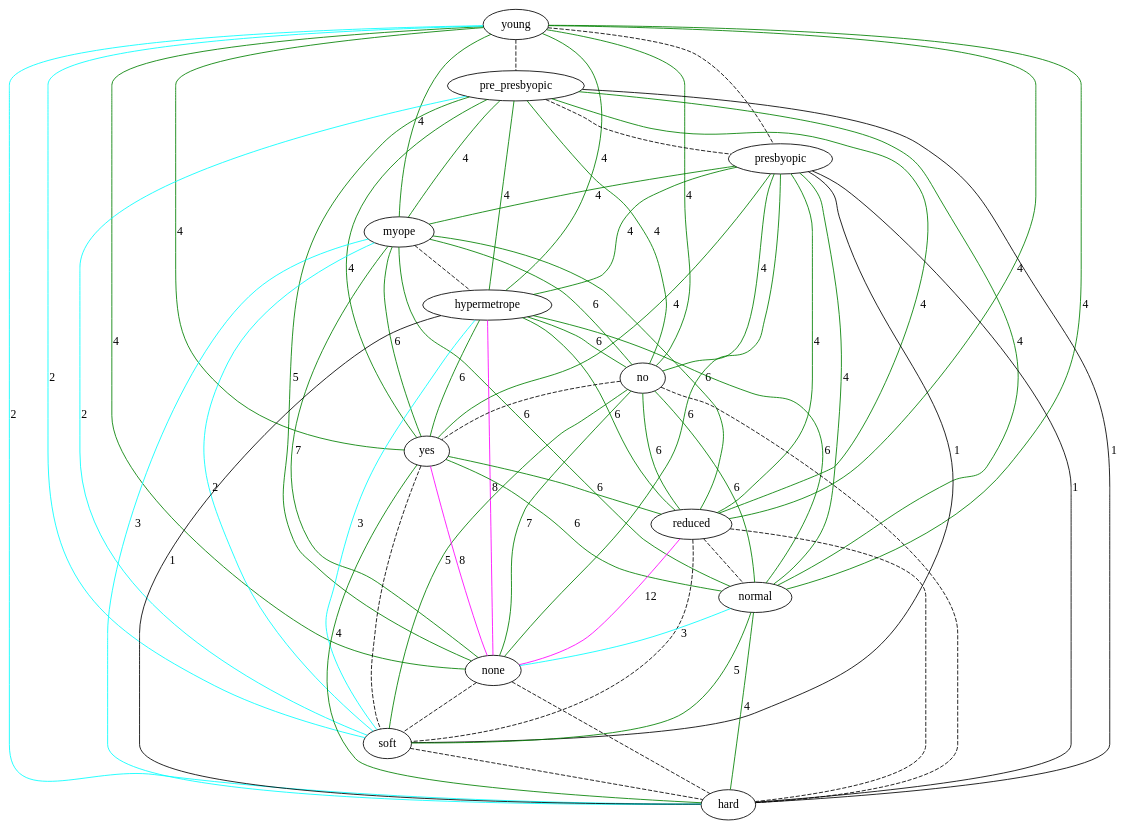
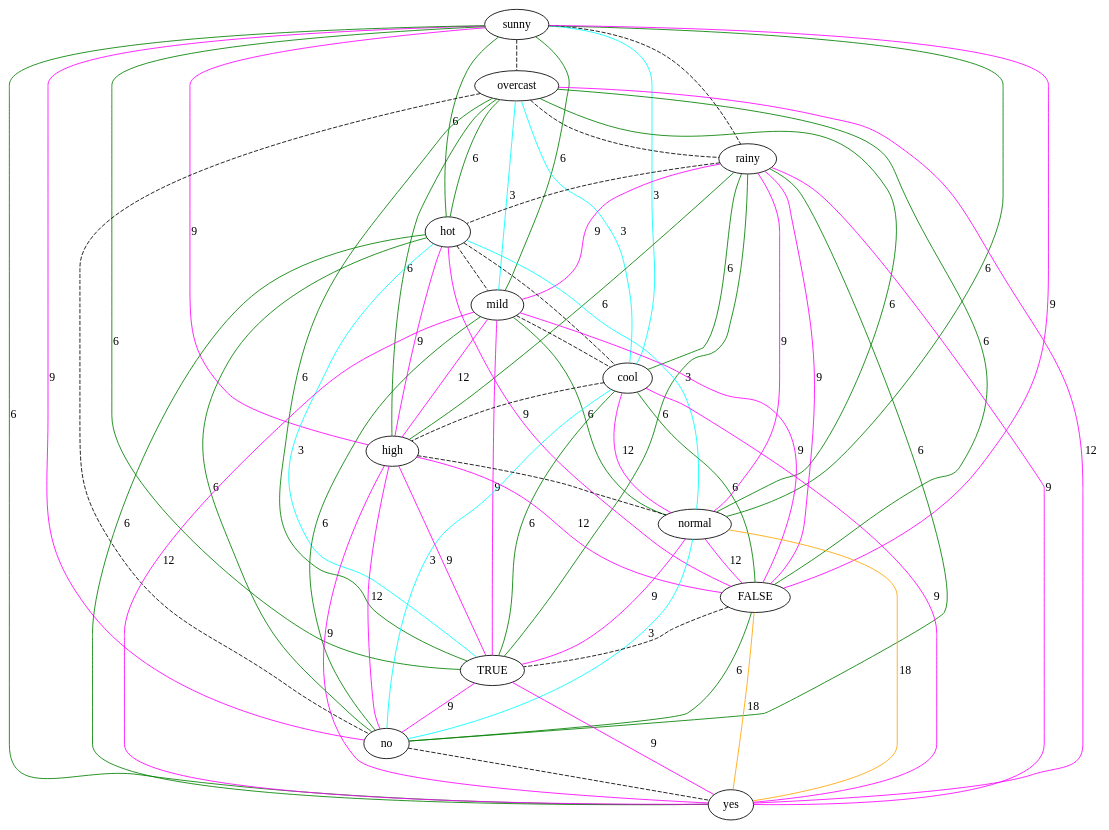
Before and after one commit to lrodrin/TFG: the diagram in src/final/exponentialGraph.dot, drawn with Graphviz. The commit also changed 15 other files, not shown here.

Commit message:
s'ha testejat el paquet Data i també amb Graph. A més s'ha corregit un error a la creació del graph lineal, quan el número d'equivalència és 0 encara sortia blanc. Ara surt negra discontontinu com la resta.

```diff
--- a/src/final/exponentialGraph.dot
+++ b/src/final/exponentialGraph.dot
@@ -1,80 +1,80 @@
 strict graph "" {
-young;
-pre_presbyopic;
-presbyopic;
-myope;
-hypermetrope;
+sunny;
+overcast;
+rainy;
+hot;
+mild;
+cool;
+high;
+normal;
+FALSE;
+TRUE;
 no;
 yes;
-reduced;
-normal;
-none;
-soft;
-hard;
-young -- pre_presbyopic  [color=black, style=dashed];
-young -- presbyopic  [color=black, style=dashed];
-young -- myope  [color=green, label=4, style=solid];
-young -- hypermetrope  [color=green, label=4, style=solid];
-young -- no  [color=green, label=4, style=solid];
-young -- yes  [color=green, label=4, style=solid];
-young -- reduced  [color=green, label=4, style=solid];
-young -- normal  [color=green, label=4, style=solid];
-young -- none  [color=green, label=4, style=solid];
-young -- soft  [color=cyan, label=2, style=solid];
-young -- hard  [color=cyan, label=2, style=solid];
-pre_presbyopic -- presbyopic  [color=black, style=dashed];
-pre_presbyopic -- myope  [color=green, label=4, style=solid];
-pre_presbyopic -- hypermetrope  [color=green, label=4, style=solid];
-pre_presbyopic -- no  [color=green, label=4, style=solid];
-pre_presbyopic -- yes  [color=green, label=4, style=solid];
-pre_presbyopic -- reduced  [color=green, label=4, style=solid];
-pre_presbyopic -- normal  [color=green, label=4, style=solid];
-pre_presbyopic -- none  [color=green, label=5, style=solid];
-pre_presbyopic -- soft  [color=cyan, label=2, style=solid];
-pre_presbyopic -- hard  [color=black, label=1, style=solid];
-presbyopic -- myope  [color=green, label=4, style=solid];
-presbyopic -- hypermetrope  [color=green, label=4, style=solid];
-presbyopic -- no  [color=green, label=4, style=solid];
-presbyopic -- yes  [color=green, label=4, style=solid];
-presbyopic -- reduced  [color=green, label=4, style=solid];
-presbyopic -- normal  [color=green, label=4, style=solid];
-presbyopic -- none  [color=green, label=6, style=solid];
-presbyopic -- soft  [color=black, label=1, style=solid];
-presbyopic -- hard  [color=black, label=1, style=solid];
-myope -- hypermetrope  [color=black, style=dashed];
-myope -- no  [color=green, label=6, style=solid];
-myope -- yes  [color=green, label=6, style=solid];
-myope -- reduced  [color=green, label=6, style=solid];
-myope -- normal  [color=green, label=6, style=solid];
-myope -- none  [color=green, label=7, style=solid];
-myope -- soft  [color=cyan, label=2, style=solid];
-myope -- hard  [color=cyan, label=3, style=solid];
-hypermetrope -- no  [color=green, label=6, style=solid];
-hypermetrope -- yes  [color=green, label=6, style=solid];
-hypermetrope -- reduced  [color=green, label=6, style=solid];
-hypermetrope -- normal  [color=green, label=6, style=solid];
-hypermetrope -- none  [color=magenta, label=8, style=solid];
-hypermetrope -- soft  [color=cyan, label=3, style=solid];
-hypermetrope -- hard  [color=black, label=1, style=solid];
+sunny -- overcast  [color=black, style=dashed];
+sunny -- rainy  [color=black, style=dashed];
+sunny -- hot  [color=green, label=6, style=solid];
+sunny -- mild  [color=green, label=6, style=solid];
+sunny -- cool  [color=cyan, label=3, style=solid];
+sunny -- high  [color=magenta, label=9, style=solid];
+sunny -- normal  [color=green, label=6, style=solid];
+sunny -- FALSE  [color=magenta, label=9, style=solid];
+sunny -- TRUE  [color=green, label=6, style=solid];
+sunny -- no  [color=magenta, label=9, style=solid];
+sunny -- yes  [color=green, label=6, style=solid];
+overcast -- rainy  [color=black, style=dashed];
+overcast -- hot  [color=green, label=6, style=solid];
+overcast -- mild  [color=cyan, label=3, style=solid];
+overcast -- cool  [color=cyan, label=3, style=solid];
+overcast -- high  [color=green, label=6, style=solid];
+overcast -- normal  [color=green, label=6, style=solid];
+overcast -- FALSE  [color=green, label=6, style=solid];
+overcast -- TRUE  [color=green, label=6, style=solid];
+overcast -- no  [color=black, style=dashed];
+overcast -- yes  [color=magenta, label=12, style=solid];
+rainy -- hot  [color=black, style=dashed];
+rainy -- mild  [color=magenta, label=9, style=solid];
+rainy -- cool  [color=green, label=6, style=solid];
+rainy -- high  [color=green, label=6, style=solid];
+rainy -- normal  [color=magenta, label=9, style=solid];
+rainy -- FALSE  [color=magenta, label=9, style=solid];
+rainy -- TRUE  [color=green, label=6, style=solid];
+rainy -- no  [color=green, label=6, style=solid];
+rainy -- yes  [color=magenta, label=9, style=solid];
+hot -- mild  [color=black, style=dashed];
+hot -- cool  [color=black, style=dashed];
+hot -- high  [color=magenta, label=9, style=solid];
+hot -- normal  [color=cyan, label=3, style=solid];
+hot -- FALSE  [color=magenta, label=9, style=solid];
+hot -- TRUE  [color=cyan, label=3, style=solid];
+hot -- no  [color=green, label=6, style=solid];
+hot -- yes  [color=green, label=6, style=solid];
+mild -- cool  [color=black, style=dashed];
+mild -- high  [color=magenta, label=12, style=solid];
+mild -- normal  [color=green, label=6, style=solid];
+mild -- FALSE  [color=magenta, label=9, style=solid];
+mild -- TRUE  [color=magenta, label=9, style=solid];
+mild -- no  [color=green, label=6, style=solid];
+mild -- yes  [color=magenta, label=12, style=solid];
+cool -- high  [color=black, style=dashed];
+cool -- normal  [color=magenta, label=12, style=solid];
+cool -- FALSE  [color=green, label=6, style=solid];
+cool -- TRUE  [color=green, label=6, style=solid];
+cool -- no  [color=cyan, label=3, style=solid];
+cool -- yes  [color=magenta, label=9, style=solid];
+high -- normal  [color=black, style=dashed];
+high -- FALSE  [color=magenta, label=12, style=solid];
+high -- TRUE  [color=magenta, label=9, style=solid];
+high -- no  [color=magenta, label=12, style=solid];
+high -- yes  [color=magenta, label=9, style=solid];
+normal -- FALSE  [color=magenta, label=12, style=solid];
+normal -- TRUE  [color=magenta, label=9, style=solid];
+normal -- no  [color=cyan, label=3, style=solid];
+normal -- yes  [color=orange, label=18, style=solid];
+FALSE -- TRUE  [color=black, style=dashed];
+FALSE -- no  [color=green, label=6, style=solid];
+FALSE -- yes  [color=orange, label=18, style=solid];
+TRUE -- no  [color=magenta, label=9, style=solid];
+TRUE -- yes  [color=magenta, label=9, style=solid];
 no -- yes  [color=black, style=dashed];
-no -- reduced  [color=green, label=6, style=solid];
-no -- normal  [color=green, label=6, style=solid];
-no -- none  [color=green, label=7, style=solid];
-no -- soft  [color=green, label=5, style=solid];
-no -- hard  [color=black, style=dashed];
-yes -- reduced  [color=green, label=6, style=solid];
-yes -- normal  [color=green, label=6, style=solid];
-yes -- none  [color=magenta, label=8, style=solid];
-yes -- soft  [color=black, style=dashed];
-yes -- hard  [color=green, label=4, style=solid];
-reduced -- normal  [color=black, style=dashed];
-reduced -- none  [color=magenta, label=12, style=solid];
-reduced -- soft  [color=black, style=dashed];
-reduced -- hard  [color=black, style=dashed];
-normal -- none  [color=cyan, label=3, style=solid];
-normal -- soft  [color=green, label=5, style=solid];
-normal -- hard  [color=green, label=4, style=solid];
-none -- soft  [color=black, style=dashed];
-none -- hard  [color=black, style=dashed];
-soft -- hard  [color=black, style=dashed];
 }
```
